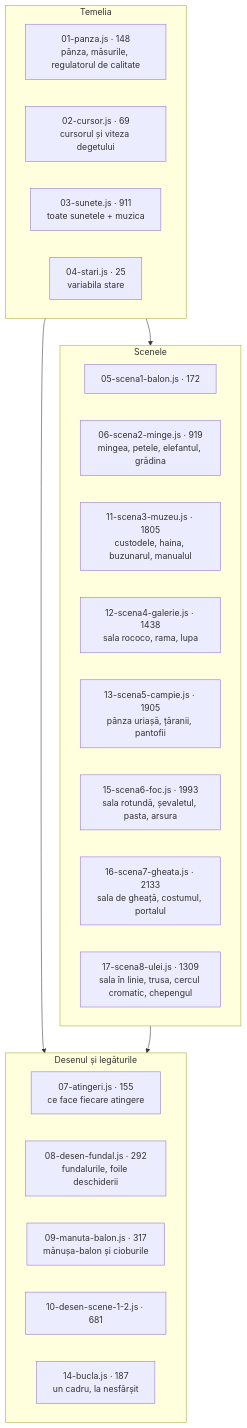
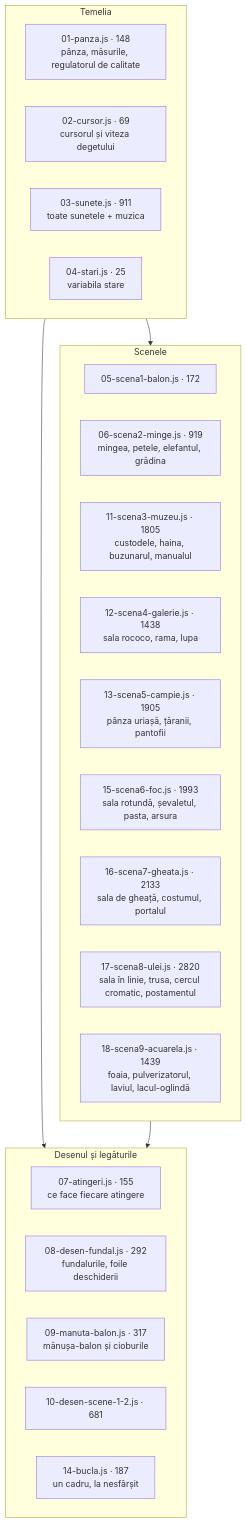
One commit to Whit3G9dNess/Viata-dintr-o-atingere changed the seventh of 10 diagrams in ARCHITECTURE.md. Above: the diagram before and after it, drawn with Mermaid. The commit also changed other lines of this file and 8 other files, not shown here.

````diff
--- a/ARCHITECTURE.md
+++ b/ARCHITECTURE.md
@@ -370,29 +398,30 @@
 ```mermaid
 flowchart TB
   subgraph T["Temelia"]
     A1["01-panza.js · 148<br/>pânza, măsurile, regulatorul de calitate"]
     A2["02-cursor.js · 69<br/>cursorul și viteza degetului"]
     A3["03-sunete.js · 911<br/>toate sunetele + muzica"]
     A4["04-stari.js · 25<br/>variabila stare"]
   end
   subgraph S["Scenele"]
     B5["05-scena1-balon.js · 172"]
     B6["06-scena2-minge.js · 919<br/>mingea, petele, elefantul, grădina"]
     B11["11-scena3-muzeu.js · 1805<br/>custodele, haina, buzunarul, manualul"]
     B12["12-scena4-galerie.js · 1438<br/>sala rococo, rama, lupa"]
     B13["13-scena5-campie.js · 1905<br/>pânza uriașă, țăranii, pantofii"]
     B15["15-scena6-foc.js · 1993<br/>sala rotundă, șevaletul, pasta, arsura"]
     B16["16-scena7-gheata.js · 2133<br/>sala de gheață, costumul, portalul"]
-    B17["17-scena8-ulei.js · 1309<br/>sala în linie, trusa, cercul cromatic, chepengul"]
+    B17["17-scena8-ulei.js · 2820<br/>sala în linie, trusa, cercul cromatic, postamentul"]
+    B18["18-scena9-acuarela.js · 1439<br/>foaia, pulverizatorul, laviul, lacul-oglindă"]
   end
   subgraph D["Desenul și legăturile"]
     C7["07-atingeri.js · 155<br/>ce face fiecare atingere"]
     C8["08-desen-fundal.js · 292<br/>fundalurile, foile deschiderii"]
     C9["09-manuta-balon.js · 317<br/>mănușa-balon și cioburile"]
     C10["10-desen-scene-1-2.js · 681"]
     C14["14-bucla.js · 187<br/>un cadru, la nesfârșit"]
   end
   T --> S
   T --> D
   S --> D
 ```
````
